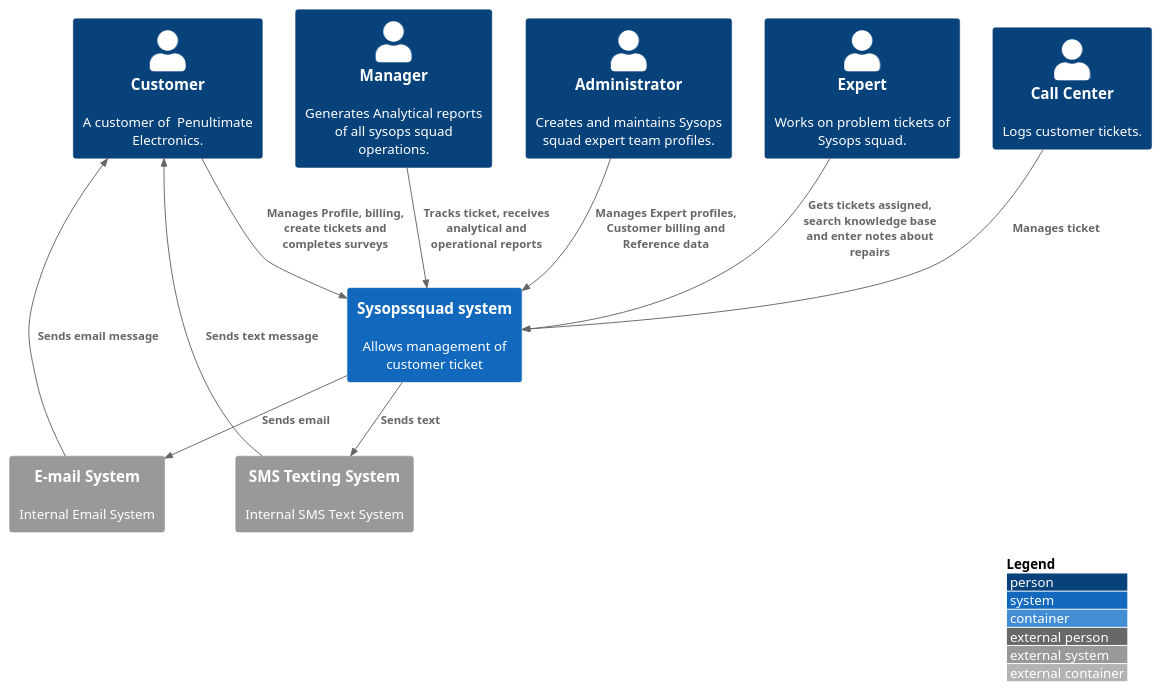
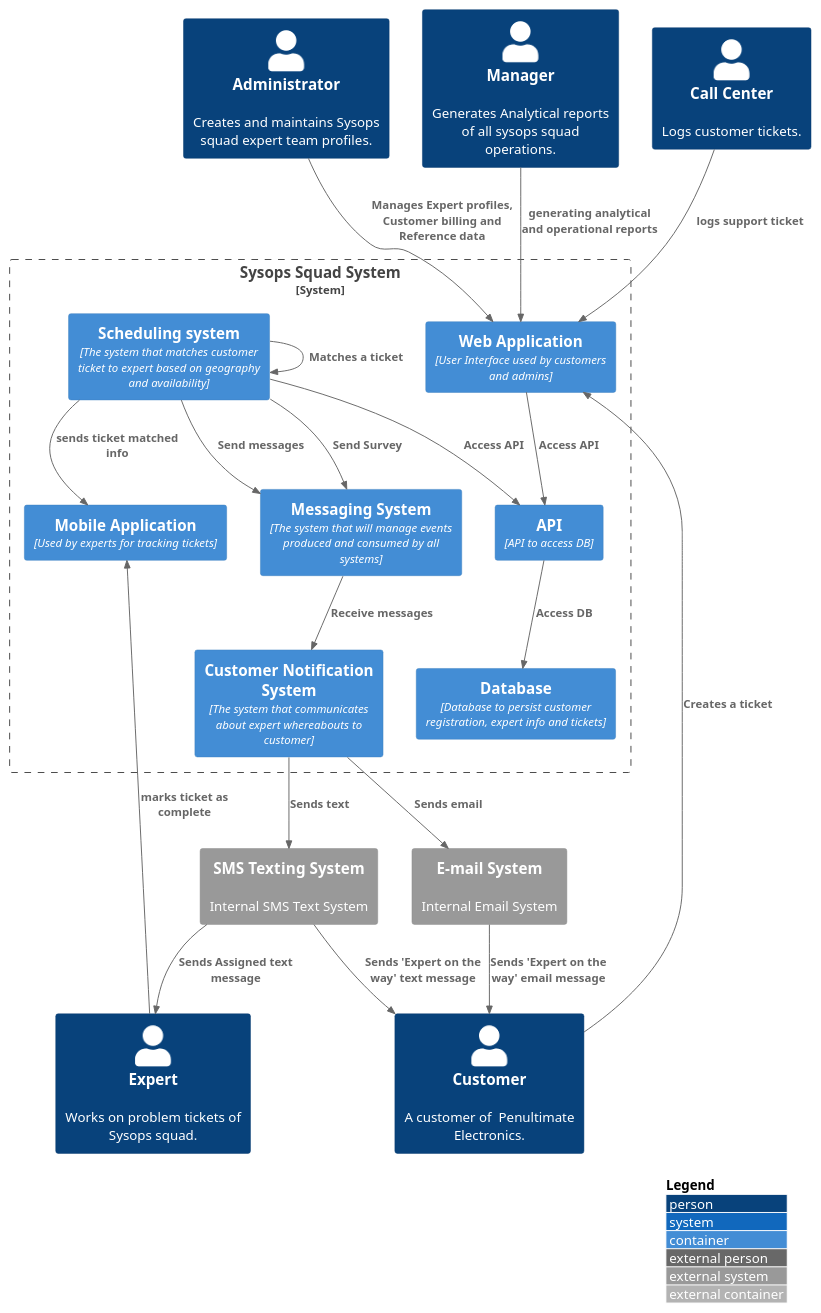
One commit to architectonics/sysopssquad changed the diagram in src/1 Sysops Squad/system.puml. Above: the diagram before and after it, drawn with PlantUML. The commit also changed 12 other files, not shown here.

```diff
--- a/src/1 Sysops Squad/system.puml
+++ b/src/1 Sysops Squad/system.puml
@@ -1,29 +1,49 @@
 @startuml
 !include https://raw.githubusercontent.com/adrianvlupu/C4-PlantUML/latest/C4_Container.puml
 
 LAYOUT_WITH_LEGEND()
 
 Person(customer, "Customer", "A customer of  Penultimate Electronics.")
 Person(admin, "Administrator", "Creates and maintains Sysops squad expert team profiles.")
 Person(expert, "Expert", "Works on problem tickets of Sysops squad.")
 Person(manager, "Manager", "Generates Analytical reports of all sysops squad operations.")
 Person(agent, "Call Center", "Logs customer tickets.")
 
-System(ss, "Sysopssquad system", "Allows management of customer ticket")
-
 System_Ext(es, "E-mail System", "Internal Email System")
 System_Ext(sms, "SMS Texting System", "Internal SMS Text System")
 
-Rel(customer, ss, "Manages Profile, billing, create tickets and completes surveys")
-Rel(expert, ss, "Gets tickets assigned, search knowledge base and enter notes about repairs")
-Rel(agent, ss, "Manages ticket")
-Rel(manager, ss, "Tracks ticket, receives analytical and operational reports")
-Rel(admin, ss, "Manages Expert profiles, Customer billing and Reference data")
-Rel(ss, es, "Sends email")
-Rel(ss, sms, "Sends text")
-Rel(es, customer, "Sends email message")
-Rel(sms, customer, "Sends text message")
+System_Boundary(sys, "Sysops Squad System"){
+Container(ss, "Scheduling system", "The system that matches customer ticket to expert based on geography and availability")
+Container(ma, "Mobile Application", "Used by experts for tracking tickets")
+Container(wa, "Web Application", "User Interface used by customers and admins")
+Container(cns, "Customer Notification System", "The system that communicates about expert whereabouts to customer")
+Container(ms, "Messaging System", "The system that will manage events produced and consumed by all systems")
+Container(db, "Database", "Database to persist customer registration, expert info and tickets")
+Container(api, "API", "API to access DB")
+ 
+Rel(api, db, "Access DB")
+Rel(wa, api, "Access API")
+Rel(ss, api, "Access API")
+Rel(admin, wa, "Manages Expert profiles, Customer billing and Reference data")
+Rel(customer, wa, "Creates a ticket")
+Rel(ss, ss, "Matches a ticket")
+Rel(ss, ma, "sends ticket matched info")
+Rel(expert, ma, "marks ticket as complete")
+Rel(agent, wa, "logs support ticket")
+Rel(manager, wa, "generating analytical and operational reports")
+
+Rel(ss, ms, "Send messages")
+Rel(ms, cns, "Receive messages")
+
+Rel(cns, es, "Sends email")
+Rel(cns, sms, "Sends text")
+Rel(ss, ms, "Send Survey")
+Rel(es, customer, "Sends 'Expert on the way' email message")
+Rel(sms, customer, "Sends 'Expert on the way' text message")
+Rel(sms, expert, "Sends Assigned text message")
+
+}
 
 
 
 @enduml
```
